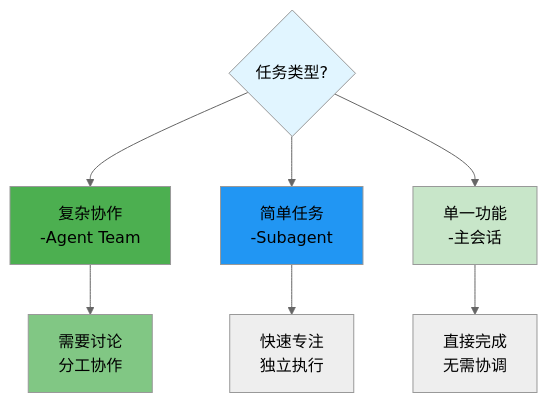
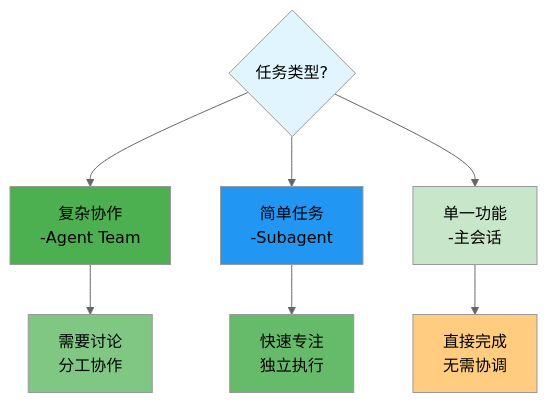
One commit to Jasper-Wynn/agent-doc changed the third of 4 diagrams in concepts/agent-team.md. Above: the diagram before and after it, drawn with Mermaid (neutral theme). The commit also changed 3 other files, not shown here.

First line of the commit message:
fix: remove extra quotes in mermaid style declarations

````diff
--- a/concepts/agent-team.md
+++ b/concepts/agent-team.md
@@ -62,18 +62,18 @@
 ```mermaid
 flowchart TD
     A{任务类型?} --> B[复杂协作<br/>-Agent Team]
     A --> C[简单任务<br/>-Subagent]
     A --> D[单一功能<br/>-主会话]
 
     B --> E[需要讨论<br/>分工协作]
     C --> F[快速专注<br/>独立执行]
     D --> G[直接完成<br/>无需协调]
 
     style A fill:#e1f5ff
     style B fill:#4caf50
     style C fill:#2196f3
     style D fill:#c8e6c9
     style E fill:#81c784
-    style F fill:#66bb6a"
-    style G fill:#ffcc80"
+    style F fill:#66bb6a
+    style G fill:#ffcc80
 ```
````
